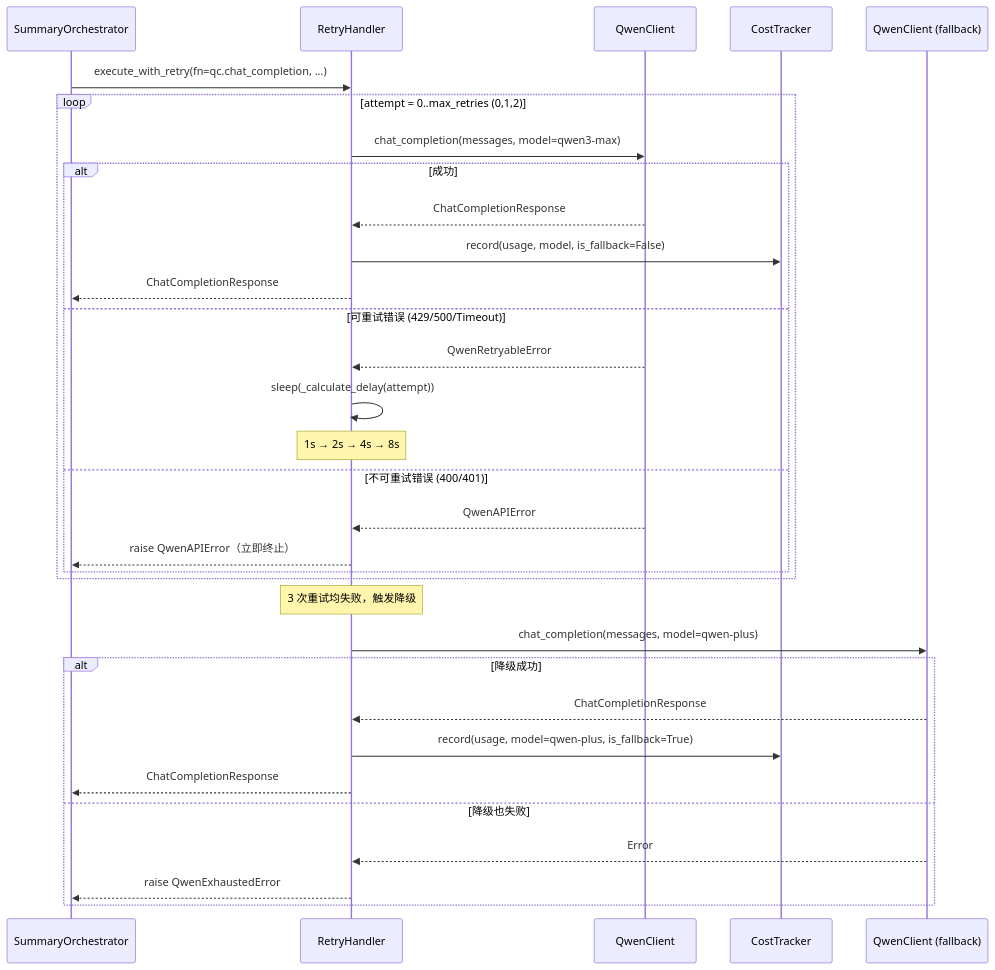
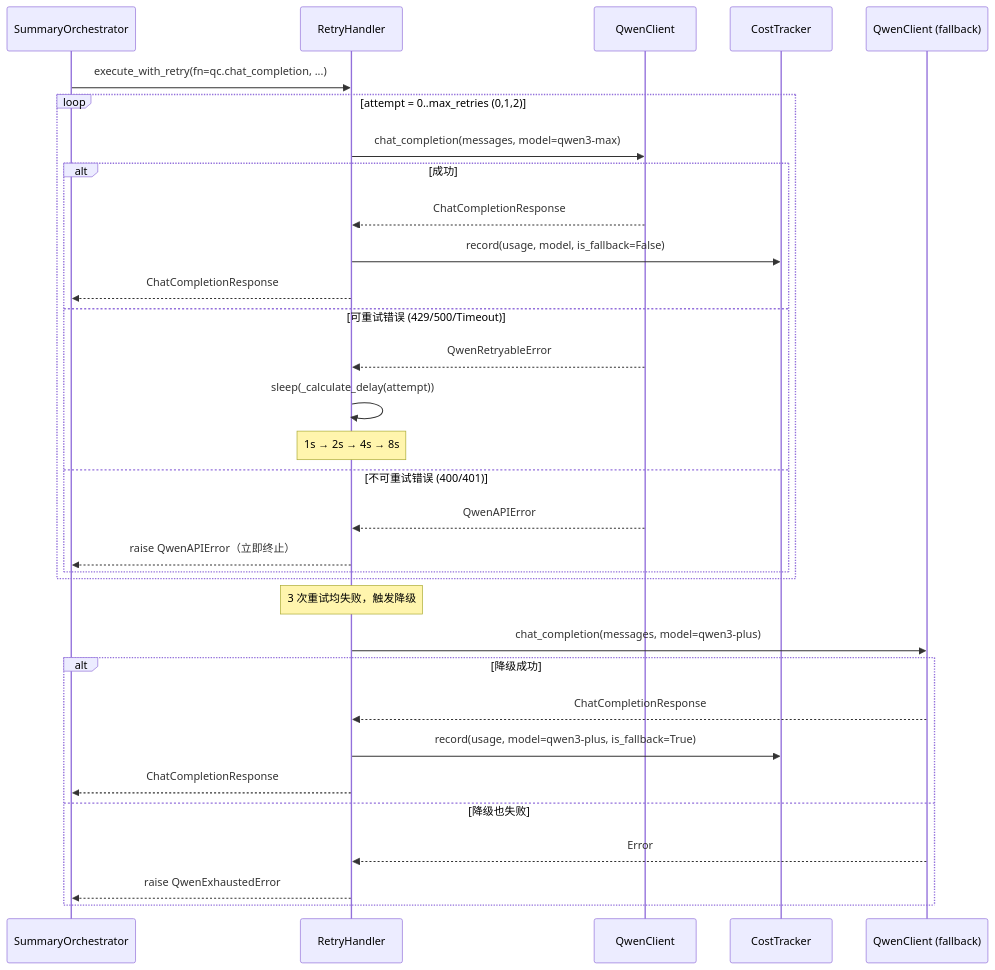
One commit to SherlockHao/summary-pipeline changed the third of 4 diagrams in docs/sections/arch_module5_api.md. Above: the diagram before and after it, drawn with Mermaid. The commit also changed other lines of this file and 8 other files, not shown here.

````diff
--- a/docs/sections/arch_module5_api.md
+++ b/docs/sections/arch_module5_api.md
@@ -533,37 +548,37 @@
 ```mermaid
 sequenceDiagram
     participant Caller as SummaryOrchestrator
     participant RH as RetryHandler
     participant QC as QwenClient
     participant CT as CostTracker
     participant FQC as QwenClient (fallback)
 
     Caller->>RH: execute_with_retry(fn=qc.chat_completion, ...)
 
     loop attempt = 0..max_retries (0,1,2)
         RH->>QC: chat_completion(messages, model=qwen3-max)
         alt 成功
             QC-->>RH: ChatCompletionResponse
             RH->>CT: record(usage, model, is_fallback=False)
             RH-->>Caller: ChatCompletionResponse
         else 可重试错误 (429/500/Timeout)
             QC-->>RH: QwenRetryableError
             RH->>RH: sleep(_calculate_delay(attempt))
             Note over RH: 1s → 2s → 4s → 8s
         else 不可重试错误 (400/401)
             QC-->>RH: QwenAPIError
             RH-->>Caller: raise QwenAPIError（立即终止）
         end
     end
 
     Note over RH: 3 次重试均失败，触发降级
-    RH->>FQC: chat_completion(messages, model=qwen-plus)
+    RH->>FQC: chat_completion(messages, model=qwen3-plus)
     alt 降级成功
         FQC-->>RH: ChatCompletionResponse
-        RH->>CT: record(usage, model=qwen-plus, is_fallback=True)
+        RH->>CT: record(usage, model=qwen3-plus, is_fallback=True)
         RH-->>Caller: ChatCompletionResponse
     else 降级也失败
         FQC-->>RH: Error
         RH-->>Caller: raise QwenExhaustedError
     end
 ```
````
